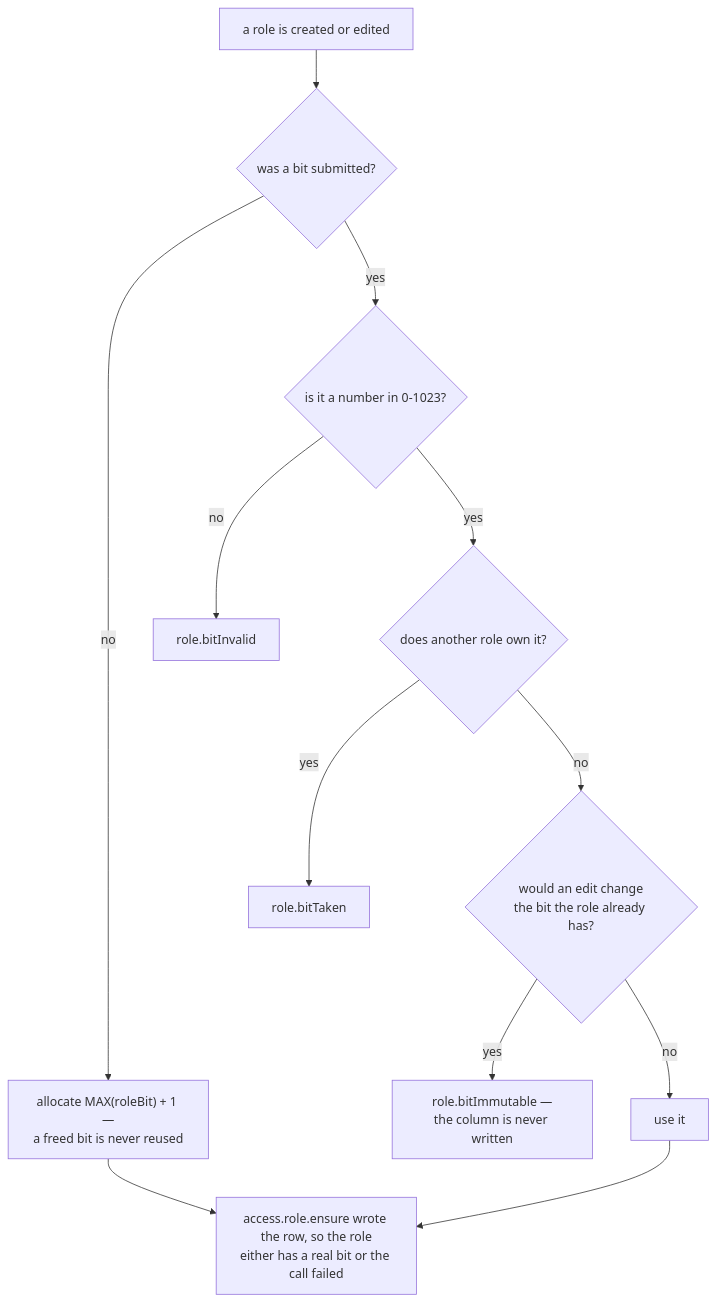
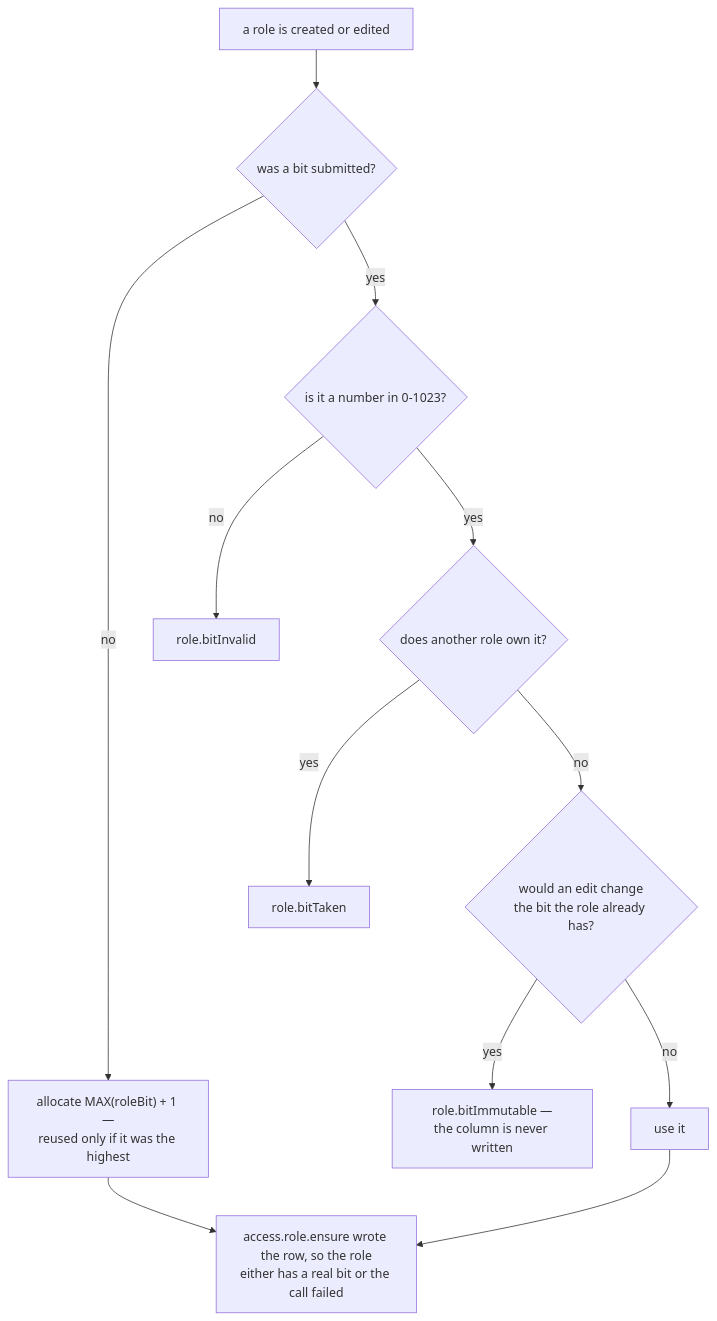
Before and after one commit to feasibleone/blong: the second of 2 diagrams in docs/blong/docs/patterns/rbac.md, drawn with Mermaid. The commit also changed other lines of this file and 122 other files, not shown here.

````diff
--- a/docs/blong/docs/patterns/rbac.md
+++ b/docs/blong/docs/patterns/rbac.md
@@ -98,14 +98,14 @@
 ```mermaid
 flowchart TD
     A["a role is created or edited"] --> B{"was a bit submitted?"}
-    B -- "no" --> C["allocate MAX(roleBit) + 1 —<br/>a freed bit is never reused"]
+    B -- "no" --> C["allocate MAX(roleBit) + 1 —<br/>reused only if it was the highest"]
     B -- "yes" --> D{"is it a number in 0-1023?"}
     D -- "no" --> E["role.bitInvalid"]
     D -- "yes" --> F{"does another role own it?"}
     F -- "yes" --> G["role.bitTaken"]
     F -- "no" --> H{"would an edit change<br/>the bit the role already has?"}
     H -- "yes" --> I["role.bitImmutable —<br/>the column is never written"]
     H -- "no" --> J["use it"]
     C --> K["access.role.ensure wrote the row, so the role<br/>either has a real bit or the call failed"]
     J --> K
 ```
````
